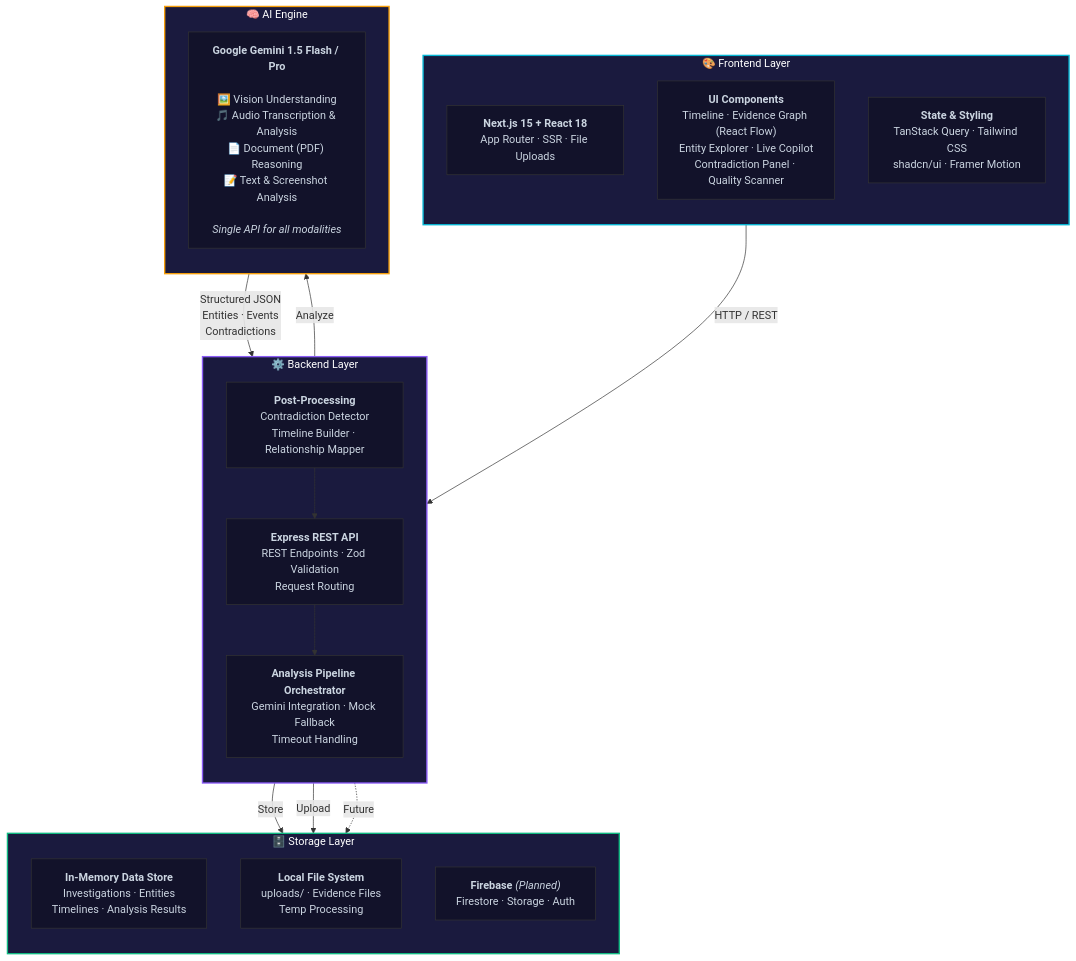
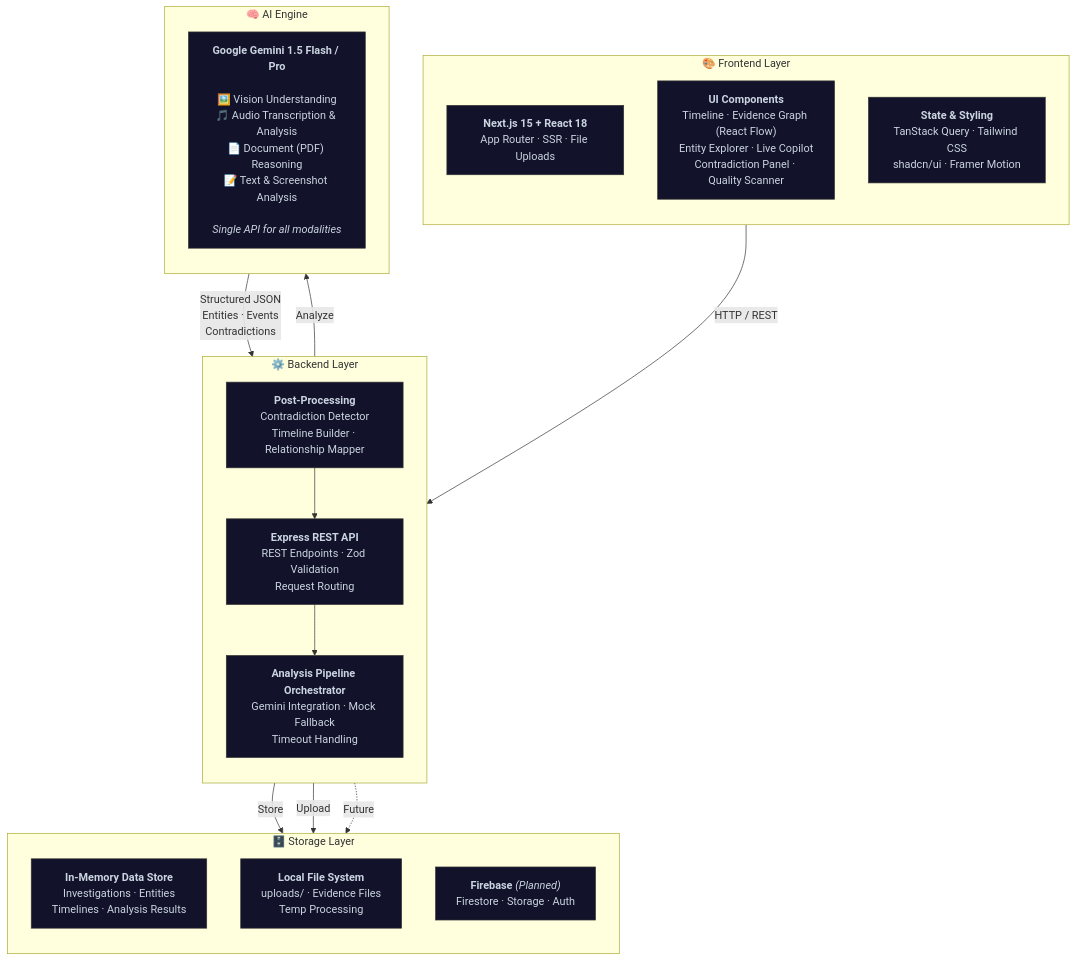
One commit to Jacksonfio/EchoTrace changed the first of 2 diagrams in README.md. Above: the diagram before and after it, drawn with Mermaid. The commit also changed other lines of this file, not shown here.

First line of the commit message:
docs: fix Mermaid subgraph styling, TOC anchors, and demo placeholder

````diff
--- a/README.md
+++ b/README.md
@@ -131,59 +130,56 @@
 ```mermaid
 graph TB
     %% ── STYLES ──
     classDef frontend fill:#1a1a3e,stroke:#06B6D4,stroke-width:2px,color:#fff
     classDef backend fill:#1a1a3e,stroke:#8B5CF6,stroke-width:2px,color:#fff
     classDef ai fill:#1a1a3e,stroke:#F59E0B,stroke-width:2px,color:#fff
     classDef storage fill:#1a1a3e,stroke:#10B981,stroke-width:2px,color:#fff
     classDef sub fill:#12122A,stroke:#333,stroke-width:1px,color:#CBD5E1
 
     %% ── LAYER 1: FRONTEND ──
     subgraph FRONTEND["🎨  Frontend Layer"]
         direction TB
         F1["<b>Next.js 15 + React 18</b><br/>App Router · SSR · File Uploads"]:::sub
         F2["<b>UI Components</b><br/>Timeline · Evidence Graph (React Flow)<br/>Entity Explorer · Live Copilot<br/>Contradiction Panel · Quality Scanner"]:::sub
         F3["<b>State & Styling</b><br/>TanStack Query · Tailwind CSS<br/>shadcn/ui · Framer Motion"]:::sub
     end
     class F1,F2,F3 sub
 
     %% ── LAYER 2: BACKEND ──
     subgraph BACKEND["⚙️  Backend Layer"]
         direction TB
         B1["<b>Express REST API</b><br/>REST Endpoints · Zod Validation<br/>Request Routing"]:::sub
         B2["<b>Analysis Pipeline Orchestrator</b><br/>Gemini Integration · Mock Fallback<br/>Timeout Handling"]:::sub
         B3["<b>Post-Processing</b><br/>Contradiction Detector<br/>Timeline Builder · Relationship Mapper"]:::sub
     end
     class B1,B2,B3 sub
 
     %% ── LAYER 3: AI ENGINE ──
     subgraph AI_ENGINE["🧠  AI Engine"]
         direction TB
         A1["<b>Google Gemini 1.5 Flash / Pro</b><br/><br/>🖼️ Vision Understanding<br/>🎵 Audio Transcription & Analysis<br/>📄 Document (PDF) Reasoning<br/>📝 Text & Screenshot Analysis<br/><br/><i>Single API for all modalities</i>"]:::sub
     end
     class A1 sub
 
     %% ── LAYER 4: STORAGE ──
     subgraph STORAGE["🗄️  Storage Layer"]
         direction TB
         S1["<b>In-Memory Data Store</b><br/>Investigations · Entities<br/>Timelines · Analysis Results"]:::sub
         S2["<b>Local File System</b><br/>uploads/ · Evidence Files<br/>Temp Processing"]:::sub
         S3["<b>Firebase</b>  <i>(Planned)</i><br/>Firestore · Storage · Auth"]:::sub
     end
     class S1,S2,S3 sub
 
     %% ── CONNECTIONS ──
     F1 -->|"HTTP / REST"| B1
     B1 --> B2
     B2 -->|"Analyze"| A1
     A1 -->|"Structured JSON<br/>Entities · Events<br/>Contradictions"| B3
     B3 --> B1
     B1 -->|"Store"| S1
     B1 -->|"Upload"| S2
     B1 -.->|"Future"| S3
 
-    %% ── APPLY LAYER STYLES ──
-    class FRONTEND frontend
-    class BACKEND backend
-    class AI_ENGINE ai
-    class STORAGE storage
+    %% Note: Layer subgraph styling is handled via node classDefs above.
+    %% GitHub's Mermaid renderer does not apply classDef fill/stroke to subgraph containers.
 ```
````
